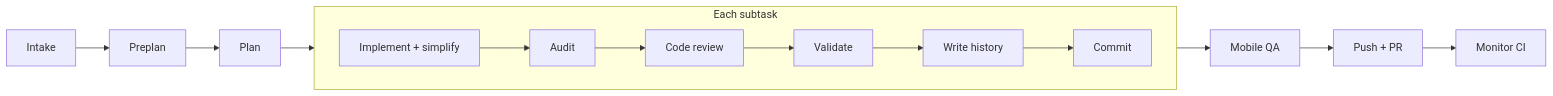
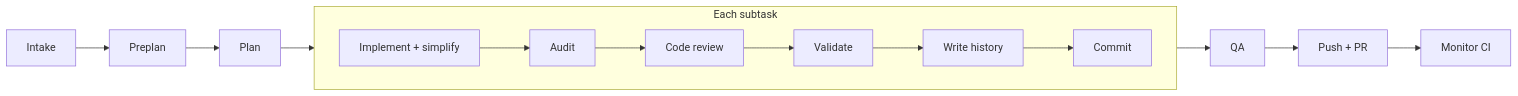
Before and after one commit to Sermilion/SkillBill: the diagram in README.md, drawn with Mermaid. The commit also changed other lines of this file, not shown here.

````diff
--- a/README.md
+++ b/README.md
@@ -109,12 +44,12 @@
 ```mermaid
 flowchart LR
     A[Intake] --> B[Preplan] --> C[Plan]
     C --> S
 
     subgraph S [Each subtask]
         direction LR
         D[Implement + simplify] --> E[Audit] --> F[Code review] --> G[Validate] --> H[Write history] --> I[Commit]
     end
 
-    S --> Q[Mobile QA] --> P[Push + PR] --> M[Monitor CI]
+    S --> Q[QA] --> P[Push + PR] --> M[Monitor CI]
 ```
````
